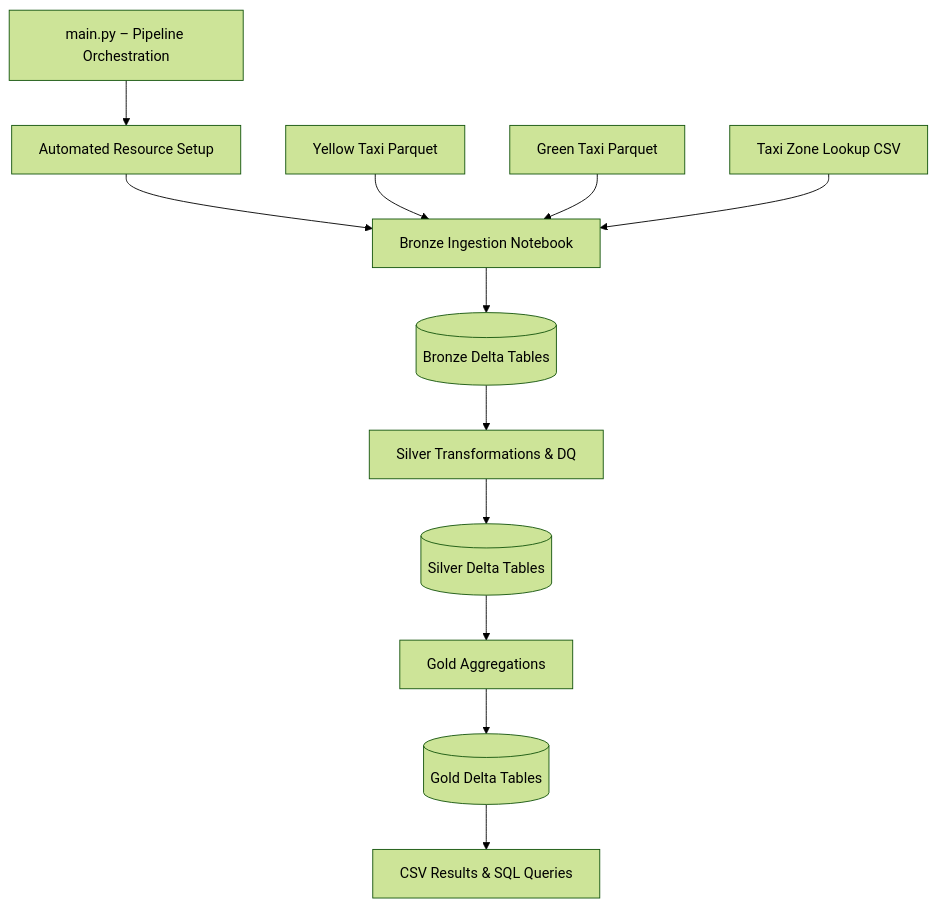
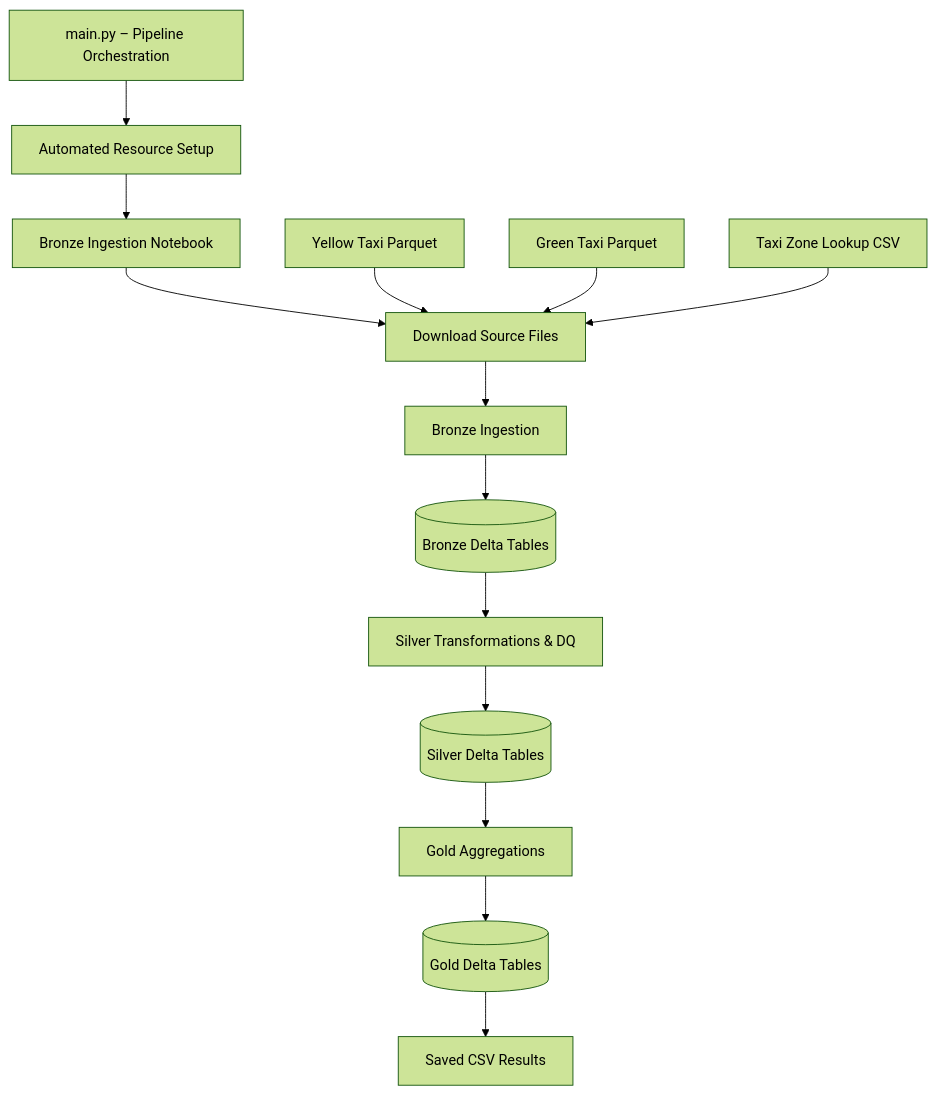
The diagram in README.md (anmolmishra02/NYC-Trip-Records-Pipeline), drawn with Mermaid (forest theme) before and after one commit. The commit also changed other lines of this file, not shown here.

````diff
--- a/README.md
+++ b/README.md
@@ -19,14 +19,16 @@
 ```mermaid
 flowchart TD
     A["main.py – Pipeline Orchestration"] --> B["Automated Resource Setup"]
     B --> C["Bronze Ingestion Notebook"]
-    S1["Yellow Taxi Parquet"] --> C
-    S2["Green Taxi Parquet"] --> C
-    S3["Taxi Zone Lookup CSV"] --> C
-    C --> D[("Bronze Delta Tables")]
-    D --> E["Silver Transformations & DQ"]
-    E --> F[("Silver Delta Tables")]
-    F --> G["Gold Aggregations"]
-    G --> H[("Gold Delta Tables")]
-    H --> I["CSV Results & SQL Queries"]
+    C --> D["Download Source Files"]
+    S1["Yellow Taxi Parquet"] --> D
+    S2["Green Taxi Parquet"] --> D
+    S3["Taxi Zone Lookup CSV"] --> D
+    D --> E["Bronze Ingestion"]
+    E --> F[("Bronze Delta Tables")]
+    F --> G["Silver Transformations & DQ"]
+    G --> H[("Silver Delta Tables")]
+    H --> I["Gold Aggregations"]
+    I --> J[("Gold Delta Tables")]
+    J --> K["Saved CSV Results"]
 ```
````
